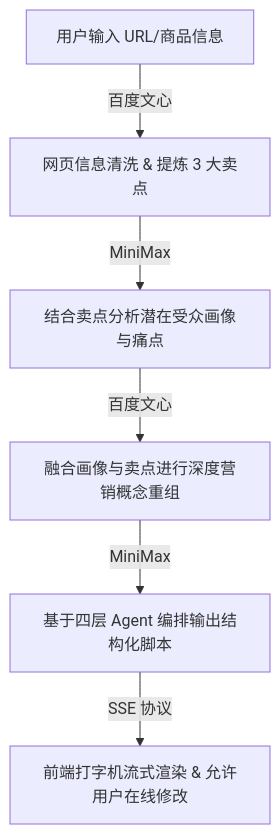
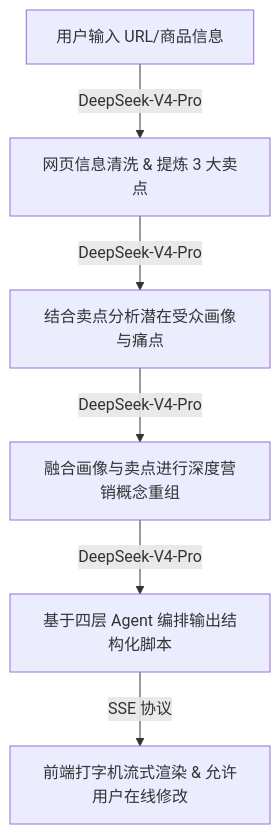
One commit to Hibiscus00/Shopro-AI changed the second of 2 diagrams in GMI.md. Above: the diagram before and after it, drawn with Mermaid. The commit also changed other lines of this file and 2 other files, not shown here.

````diff
--- a/GMI.md
+++ b/GMI.md
@@ -134,8 +139,8 @@
 ```mermaid
 graph TD
-    A[用户输入 URL/商品信息] -->|百度文心| B[网页信息清洗 & 提炼 3 大卖点]
-    B -->|MiniMax| C[结合卖点分析潜在受众画像与痛点]
-    C -->|百度文心| D[融合画像与卖点进行深度营销概念重组]
-    D -->|MiniMax| E[基于四层 Agent 编排输出结构化脚本]
+    A[用户输入 URL/商品信息] -->|DeepSeek-V4-Pro| B[网页信息清洗 & 提炼 3 大卖点]
+    B -->|DeepSeek-V4-Pro| C[结合卖点分析潜在受众画像与痛点]
+    C -->|DeepSeek-V4-Pro| D[融合画像与卖点进行深度营销概念重组]
+    D -->|DeepSeek-V4-Pro| E[基于四层 Agent 编排输出结构化脚本]
     E -->|SSE 协议| F[前端打字机流式渲染 & 允许用户在线修改]
 ```
````
